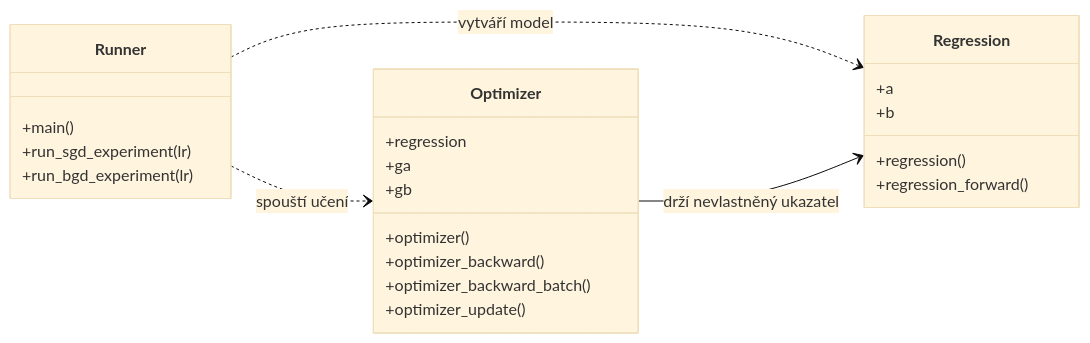
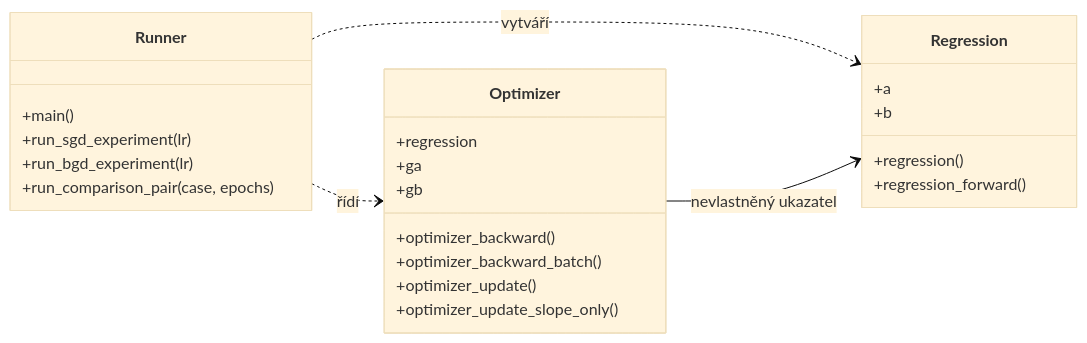
Before and after one commit to sooneoo/machine-learning: the first of 2 diagrams in 001-LinearRegression/spec/specifikace-linearni-regrese.md, drawn with Mermaid (base theme). The commit also changed other lines of this file and 2 other files, not shown here.

Commit message:
RGC-01: condense regression specification

````diff
--- a/001-LinearRegression/spec/specifikace-linearni-regrese.md
+++ b/001-LinearRegression/spec/specifikace-linearni-regrese.md
@@ -337,27 +125,28 @@
 ```mermaid
 classDiagram
     direction LR
     class Runner {
         +main()
         +run_sgd_experiment(lr)
         +run_bgd_experiment(lr)
+        +run_comparison_pair(case, epochs)
     }
     class Optimizer {
         +regression
         +ga
         +gb
-        +optimizer()
         +optimizer_backward()
         +optimizer_backward_batch()
         +optimizer_update()
+        +optimizer_update_slope_only()
     }
     class Regression {
         +a
         +b
         +regression()
         +regression_forward()
     }
-    Runner ..> Regression : vytváří model
-    Runner ..> Optimizer : spouští učení
-    Optimizer --> Regression : drží nevlastněný ukazatel
+    Runner ..> Regression : vytváří
+    Runner ..> Optimizer : řídí
+    Optimizer --> Regression : nevlastněný ukazatel
 ```
````
